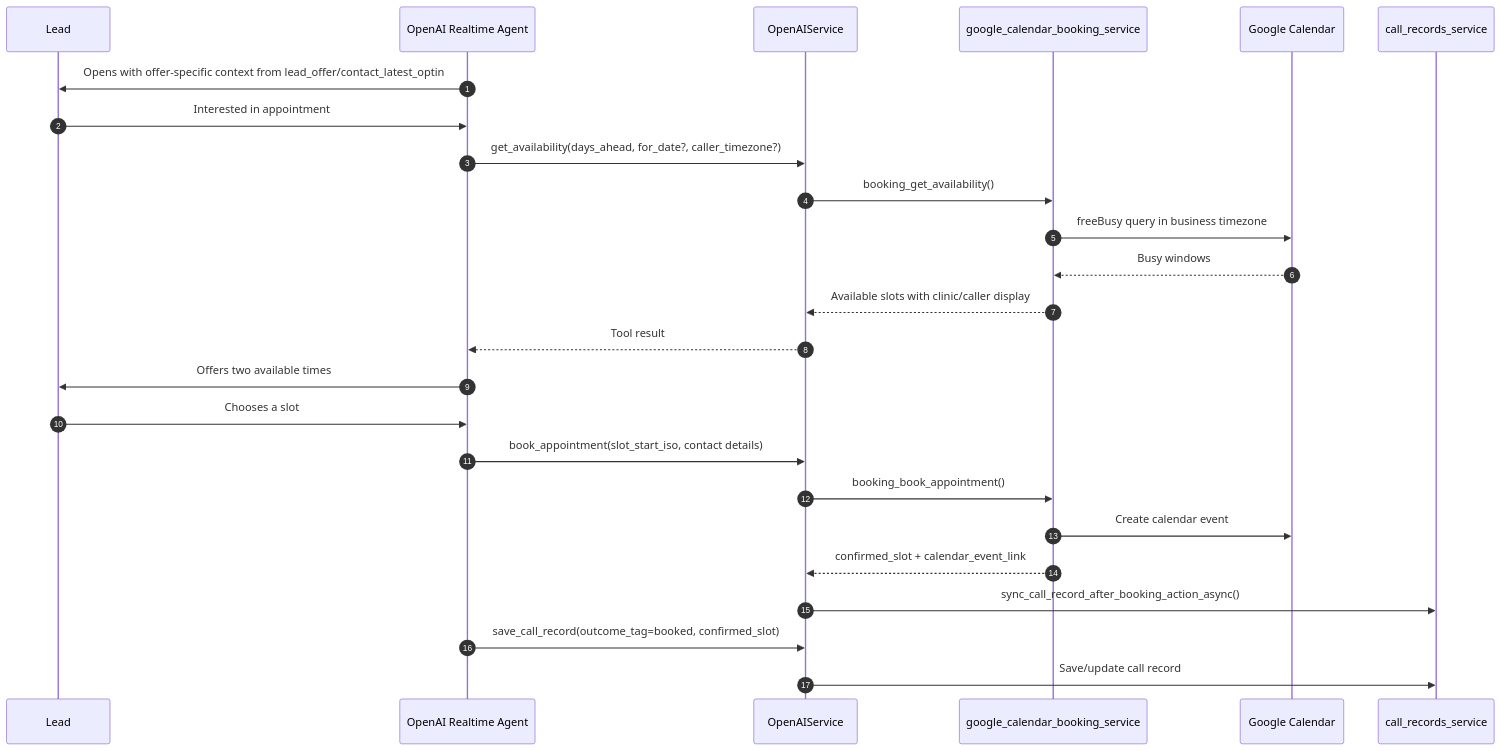
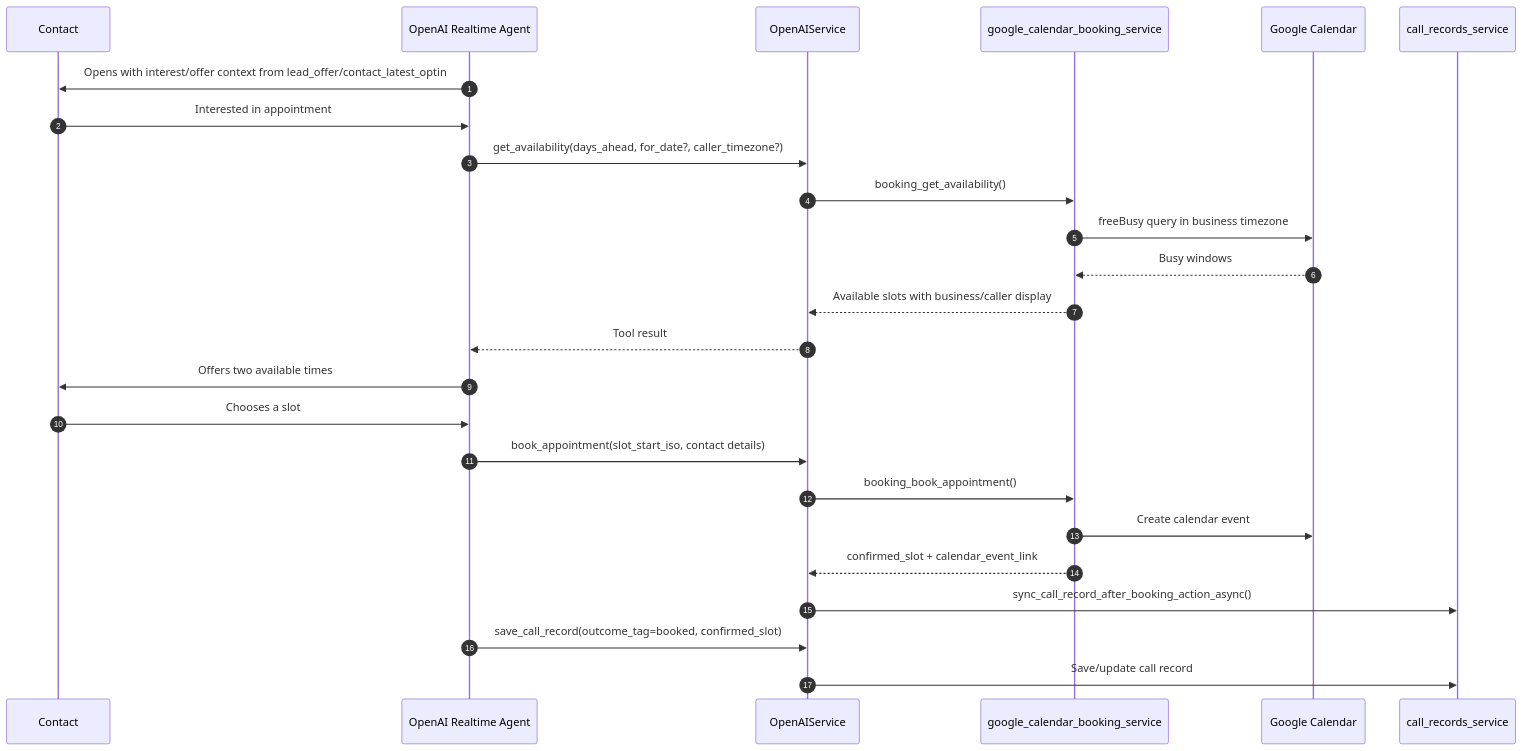
The fifth of 6 diagrams in docs/COPYABLE_MERMAID.md (aymalkhalid/Starter-Agent-InBound-OutBound-Twilio-Speech-Assistant-OpenAi-Realtime-Api-Python), drawn with Mermaid before and after one commit. The commit also changed other lines of this file and 39 other files, not shown here.

````diff
--- a/docs/COPYABLE_MERMAID.md
+++ b/docs/COPYABLE_MERMAID.md
@@ -313,28 +317,28 @@
 ```mermaid
 sequenceDiagram
     autonumber
-    participant Lead
+    participant Contact
     participant AI as OpenAI Realtime Agent
     participant OS as OpenAIService
     participant Cal as google_calendar_booking_service
     participant GCal as Google Calendar
     participant CRM as call_records_service
 
-    AI->>Lead: Opens with offer-specific context from lead_offer/contact_latest_optin
-    Lead->>AI: Interested in appointment
+    AI->>Contact: Opens with interest/offer context from lead_offer/contact_latest_optin
+    Contact->>AI: Interested in appointment
     AI->>OS: get_availability(days_ahead, for_date?, caller_timezone?)
     OS->>Cal: booking_get_availability()
     Cal->>GCal: freeBusy query in business timezone
     GCal-->>Cal: Busy windows
-    Cal-->>OS: Available slots with clinic/caller display
+    Cal-->>OS: Available slots with business/caller display
     OS-->>AI: Tool result
-    AI->>Lead: Offers two available times
-    Lead->>AI: Chooses a slot
+    AI->>Contact: Offers two available times
+    Contact->>AI: Chooses a slot
     AI->>OS: book_appointment(slot_start_iso, contact details)
     OS->>Cal: booking_book_appointment()
     Cal->>GCal: Create calendar event
     Cal-->>OS: confirmed_slot + calendar_event_link
     OS->>CRM: sync_call_record_after_booking_action_async()
     AI->>OS: save_call_record(outcome_tag=booked, confirmed_slot)
     OS->>CRM: Save/update call record
 ```
````
